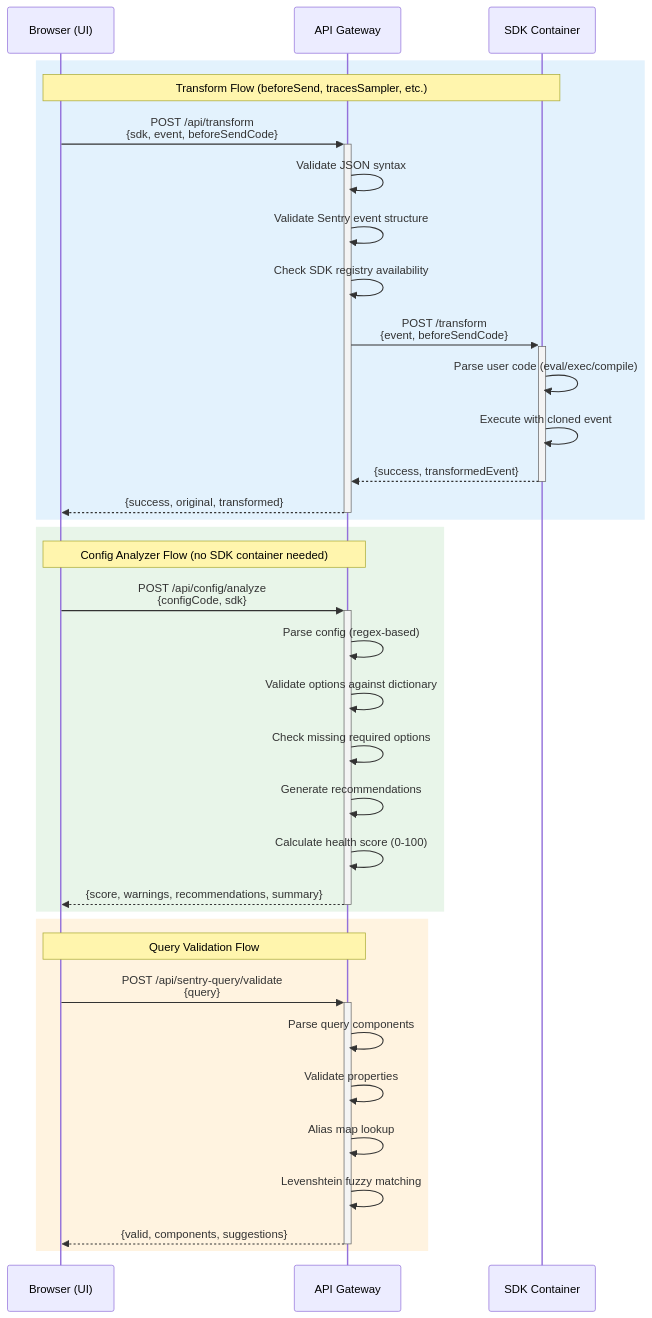
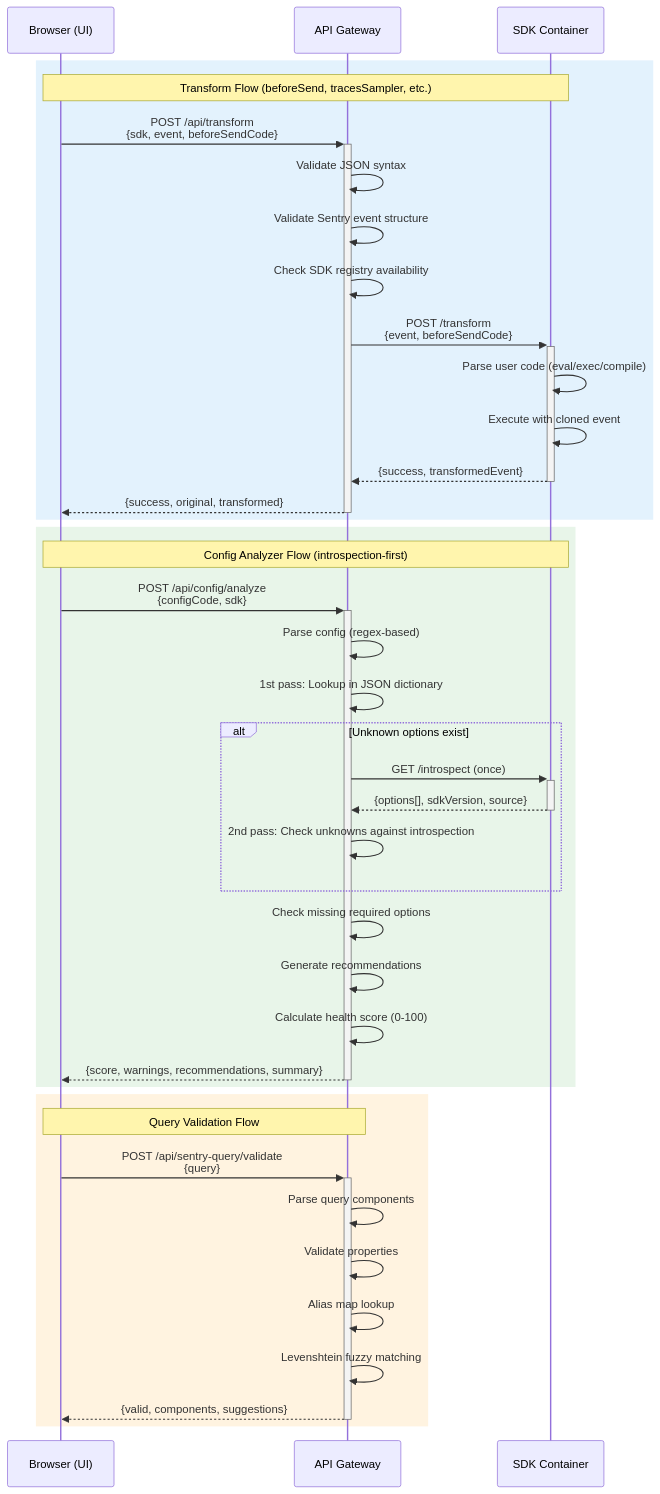
The diagram in docs/diagrams/request-flow.mmd (vlad-ko/sdk-playground), drawn with Mermaid before and after one commit. The commit also changed 33 other files, not shown here.

```diff
--- a/docs/diagrams/request-flow.mmd
+++ b/docs/diagrams/request-flow.mmd
@@ -1,38 +1,43 @@
 sequenceDiagram
     participant U as Browser (UI)
     participant A as API Gateway
     participant S as SDK Container
 
     rect rgb(227, 242, 253)
         Note over U,S: Transform Flow (beforeSend, tracesSampler, etc.)
         U->>+A: POST /api/transform<br/>{sdk, event, beforeSendCode}
         A->>A: Validate JSON syntax
         A->>A: Validate Sentry event structure
         A->>A: Check SDK registry availability
         A->>+S: POST /transform<br/>{event, beforeSendCode}
         S->>S: Parse user code (eval/exec/compile)
         S->>S: Execute with cloned event
         S-->>-A: {success, transformedEvent}
         A-->>-U: {success, original, transformed}
     end
 
     rect rgb(232, 245, 233)
-        Note over U,A: Config Analyzer Flow (no SDK container needed)
+        Note over U,S: Config Analyzer Flow (introspection-first)
         U->>+A: POST /api/config/analyze<br/>{configCode, sdk}
         A->>A: Parse config (regex-based)
-        A->>A: Validate options against dictionary
+        A->>A: 1st pass: Lookup in JSON dictionary
+        alt Unknown options exist
+            A->>+S: GET /introspect (once)
+            S-->>-A: {options[], sdkVersion, source}
+            A->>A: 2nd pass: Check unknowns against introspection
+        end
         A->>A: Check missing required options
         A->>A: Generate recommendations
         A->>A: Calculate health score (0-100)
         A-->>-U: {score, warnings, recommendations, summary}
     end
 
     rect rgb(255, 243, 224)
         Note over U,A: Query Validation Flow
         U->>+A: POST /api/sentry-query/validate<br/>{query}
         A->>A: Parse query components
         A->>A: Validate properties
         A->>A: Alias map lookup
         A->>A: Levenshtein fuzzy matching
         A-->>-U: {valid, components, suggestions}
     end
```
